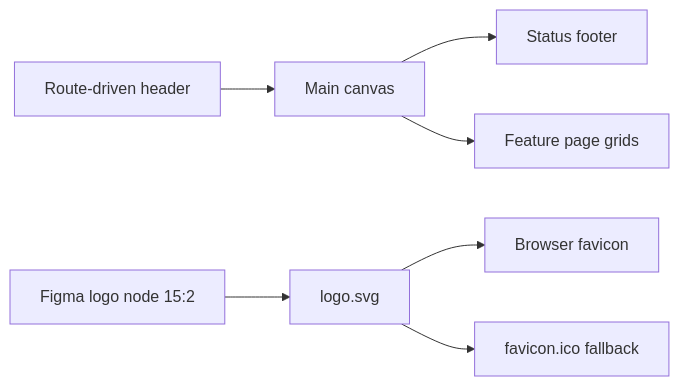
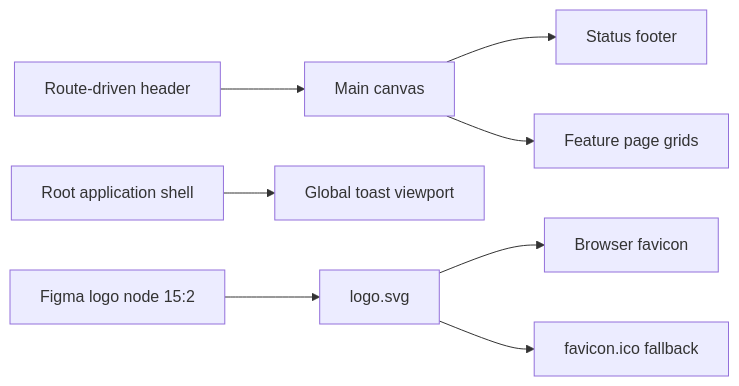
One commit to Zwezh/media-shelf changed the diagram in lode/ui/summary.md. Above: the diagram before and after it, drawn with Mermaid. The commit also changed other lines of this file and 18 other files, not shown here.

````diff
--- a/lode/ui/summary.md
+++ b/lode/ui/summary.md
@@ -19,9 +19,10 @@
 ```mermaid
 flowchart LR
   Header[Route-driven header] --> Canvas[Main canvas]
   Canvas --> Footer[Status footer]
   Canvas --> Features[Feature page grids]
+  Shell[Root application shell] --> Toasts[Global toast viewport]
   Figma[Figma logo node 15:2] --> SVG[logo.svg]
   SVG --> Favicon[Browser favicon]
   SVG --> ICO[favicon.ico fallback]
 ```
````
